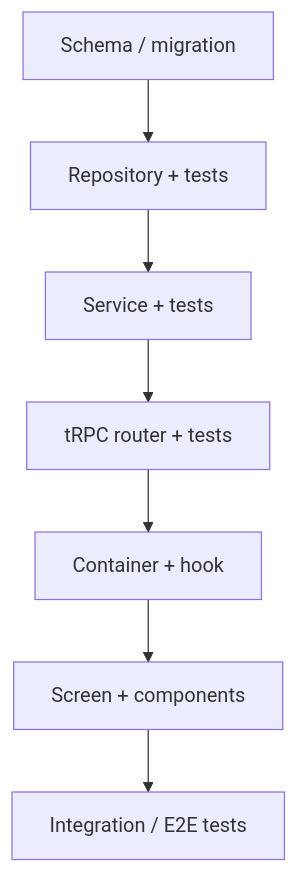
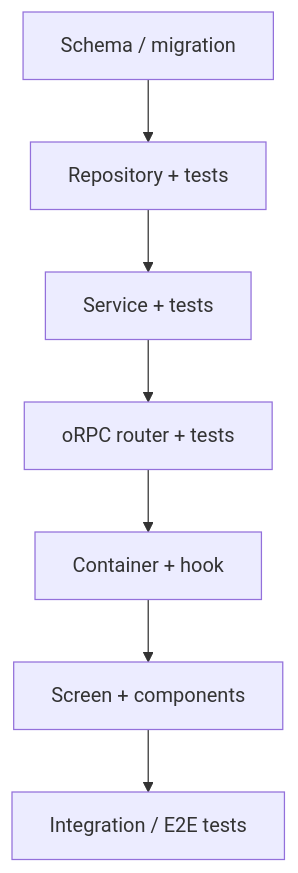
The diagram in references/templates/plan.md (aaronkendell/skills-marketplace), drawn with Mermaid before and after one commit. The commit also changed 66 other files, not shown here.

````diff
--- a/references/templates/plan.md
+++ b/references/templates/plan.md
@@ -22,9 +22,9 @@
 ```mermaid
 flowchart TD
     A[Schema / migration] --> B[Repository + tests]
     B --> C[Service + tests]
-    C --> D[tRPC router + tests]
+    C --> D[oRPC router + tests]
     D --> E[Container + hook]
     E --> F[Screen + components]
     F --> G[Integration / E2E tests]
 ```
````
